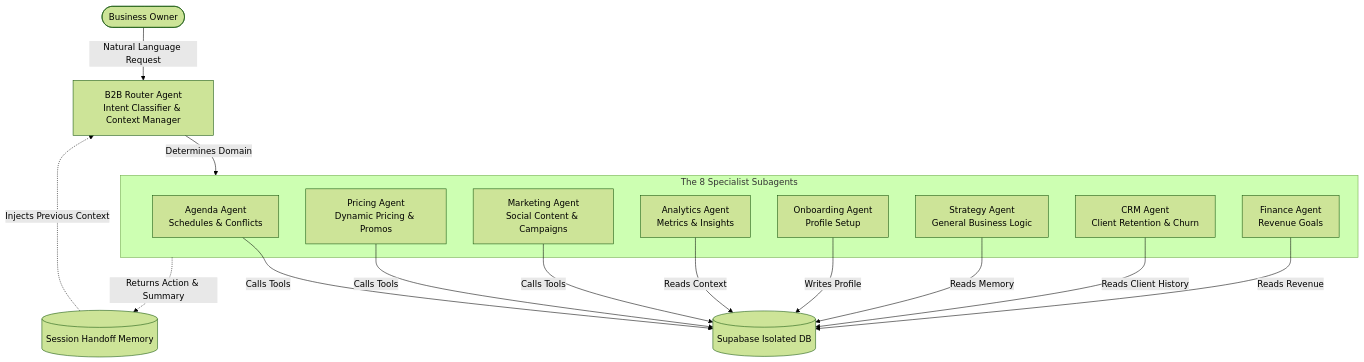
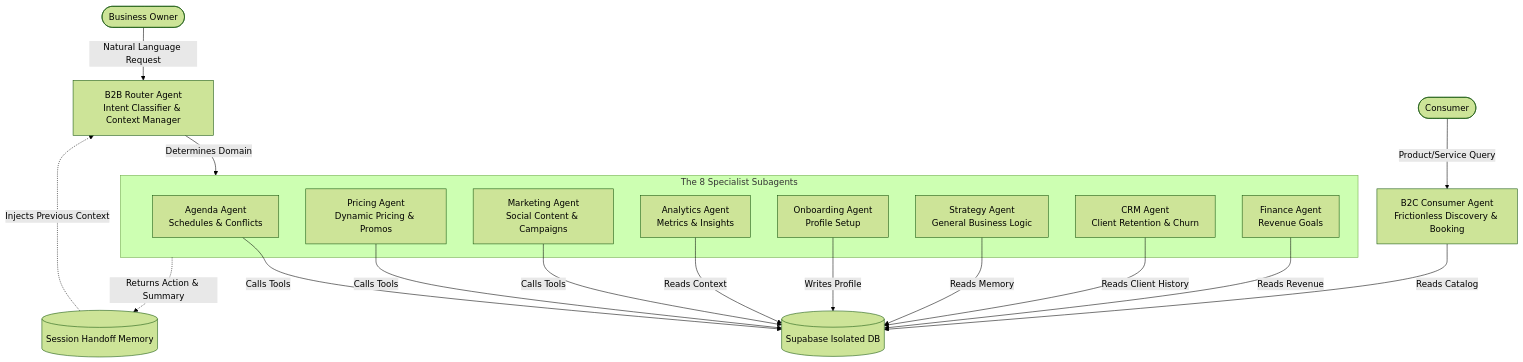
Before and after one commit to OmegaLabRJ/delta-ia-daily: the diagram in README.md, drawn with Mermaid (forest theme). The commit also changed other lines of this file, not shown here.

Commit message:
docs: reescreve README completo - Atualiza estrutura de diretórios (remove appointment-reminder) - Adiciona seção Consumer AI (B2C) - Tabela de Edge Functions atualizada - Seção Quick Start para judges - Diagrama mermaid atualizado com Consumer AI

````diff
--- a/README.md
+++ b/README.md
@@ -36,32 +39,34 @@
 ```mermaid
 graph TD
     User([Business Owner]) --> |"Natural Language Request"| Router[B2B Router Agent<br>Intent Classifier & Context Manager]
+    Consumer([Consumer]) --> |"Product/Service Query"| ConsumerAI[B2C Consumer Agent<br>Frictionless Discovery & Booking]
     
     %% Intent Classification
     Router --> |Determines Domain| Agents
     
     subgraph Agents [The 8 Specialist Subagents]
         A1[Agenda Agent<br>Schedules & Conflicts]
         A2[Pricing Agent<br>Dynamic Pricing & Promos]
         A3[Marketing Agent<br>Social Content & Campaigns]
         A4[Analytics Agent<br>Metrics & Insights]
         A5[Onboarding Agent<br>Profile Setup]
         A6[Strategy Agent<br>General Business Logic]
         A7[CRM Agent<br>Client Retention & Churn]
         A8[Finance Agent<br>Revenue Goals]
     end
     
     %% Connections
     A1 --> |Calls Tools| DB[(Supabase Isolated DB)]
     A2 --> |Calls Tools| DB
     A3 --> |Calls Tools| DB
     A4 --> |Reads Context| DB
     A5 --> |Writes Profile| DB
     A6 --> |Reads Memory| DB
     A7 --> |Reads Client History| DB
     A8 --> |Reads Revenue| DB
+    ConsumerAI --> |Reads Catalog| DB
     
     %% Memory Handoff
     Agents -.-> |Returns Action & Summary| SessionManager[(Session Handoff Memory)]
     SessionManager -.-> |Injects Previous Context| Router
 ```
````
